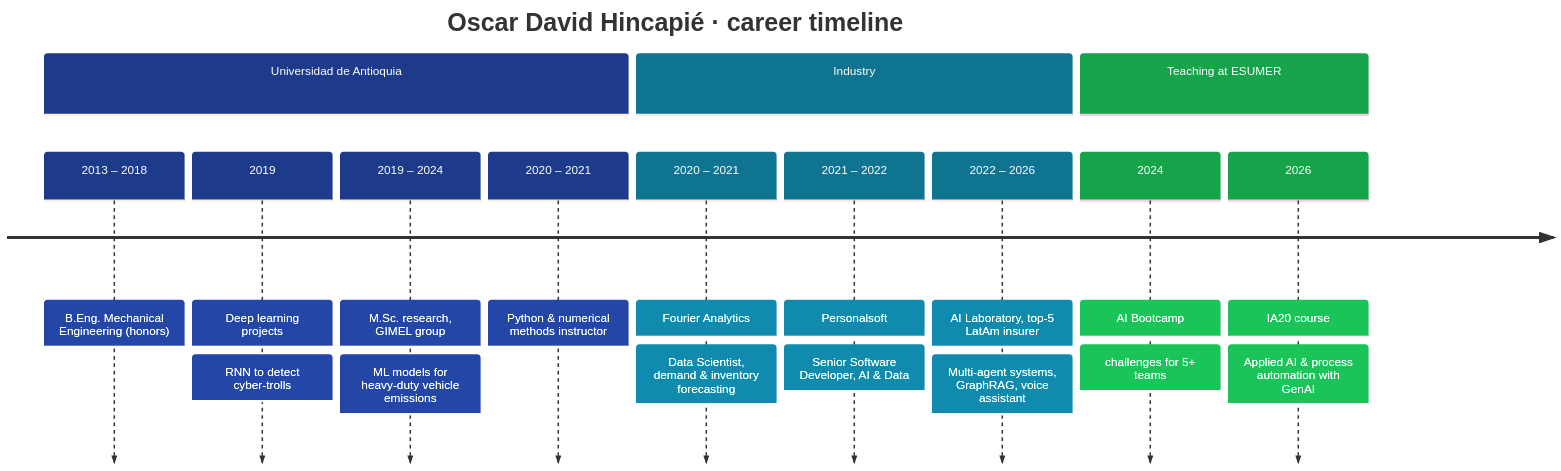
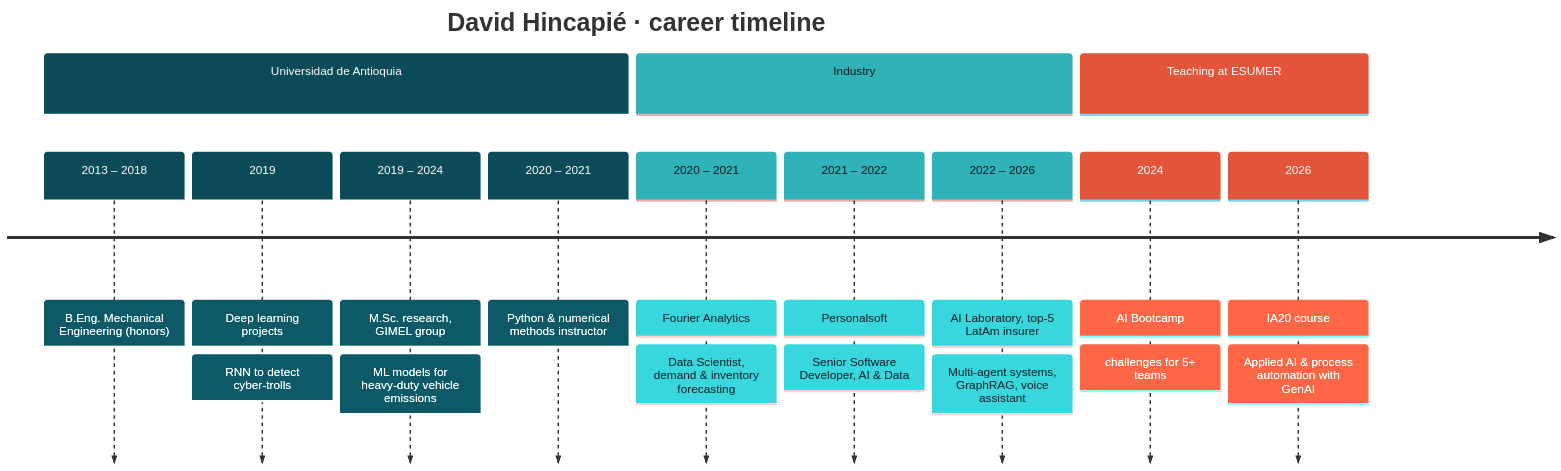
Before and after one commit to NarciH/NarciH: the diagram in README.md, drawn with Mermaid. The commit also changed other lines of this file and 6 other files, not shown here.

````diff
--- a/README.md
+++ b/README.md
@@ -35,17 +40,17 @@
 ```mermaid
-%%{init: {"theme": "base", "themeVariables": {"cScale0": "#1e3a8a", "cScaleLabel0": "#ffffff", "cScale1": "#0e7490", "cScaleLabel1": "#ffffff", "cScale2": "#16a34a", "cScaleLabel2": "#ffffff", "cScale3": "#f59e0b", "cScaleLabel3": "#0f172a"}}}%%
+%%{init: {"theme": "base", "themeVariables": {"cScale0": "#0B4A57", "cScaleLabel0": "#ffffff", "cScale1": "#2FB3B8", "cScaleLabel1": "#071A20", "cScale2": "#E2553A", "cScaleLabel2": "#ffffff", "cScale3": "#557079", "cScaleLabel3": "#ffffff"}}}%%
 timeline
-    title Oscar David Hincapié · career timeline
+    title David Hincapié · career timeline
     section Universidad de Antioquia
         2013 – 2018 : B.Eng. Mechanical Engineering (honors)
         2019 : Deep learning projects : RNN to detect cyber-trolls
         2019 – 2024 : M.Sc. research, GIMEL group : ML models for heavy-duty vehicle emissions
         2020 – 2021 : Python & numerical methods instructor
     section Industry
         2020 – 2021 : Fourier Analytics : Data Scientist, demand & inventory forecasting
         2021 – 2022 : Personalsoft : Senior Software Developer, AI & Data
         2022 – 2026 : AI Laboratory, top-5 LatAm insurer : Multi-agent systems, GraphRAG, voice assistant
     section Teaching at ESUMER
         2024 : AI Bootcamp : challenges for 5+ teams
         2026 : IA20 course : Applied AI & process automation with GenAI
 ```
````
